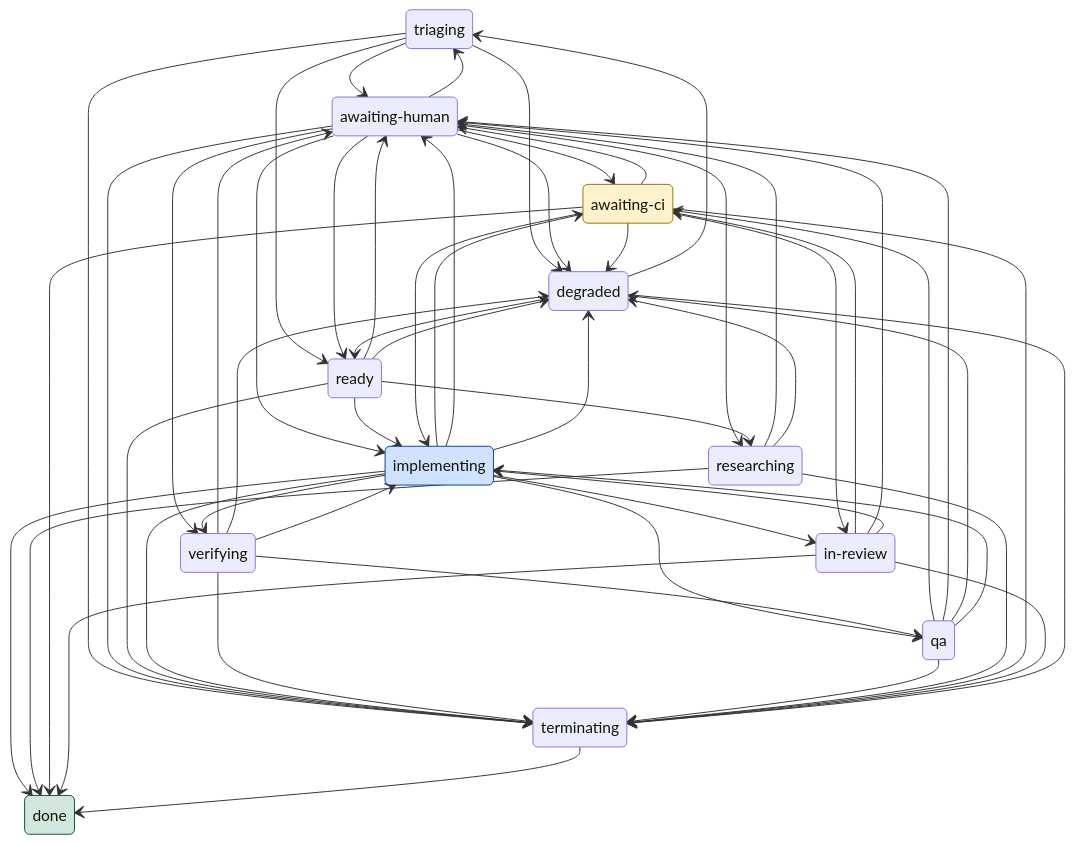
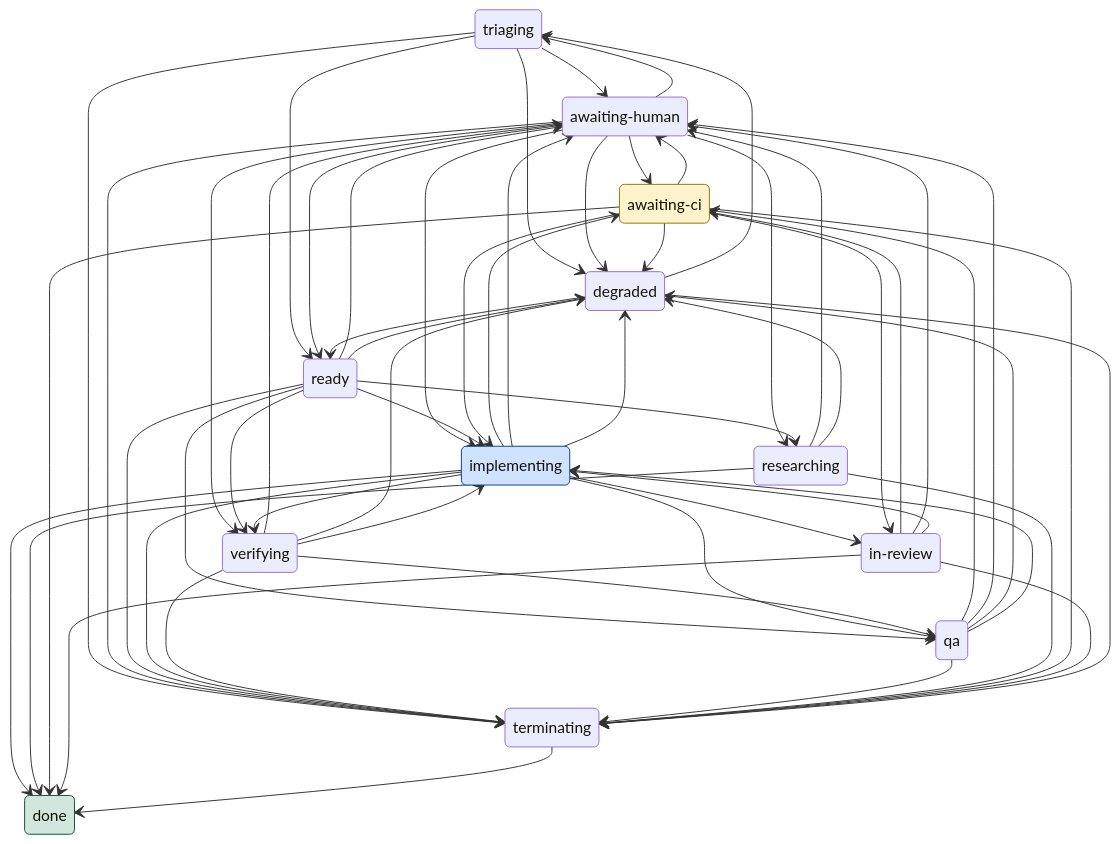
The diagram in docs/state-machine.md (cortop/maestro), drawn with Mermaid before and after one commit. The commit also changed 18 other files, not shown here.

````diff
--- a/docs/state-machine.md
+++ b/docs/state-machine.md
@@ -7,76 +7,78 @@
 ```mermaid
 stateDiagram-v2
     state "triaging" as triaging
     state "awaiting-human" as awaiting_human
     state "ready" as ready
     state "implementing" as implementing
     state "verifying" as verifying
     state "qa" as qa
     state "researching" as researching
     state "awaiting-ci" as awaiting_ci
     state "in-review" as in_review
     state "degraded" as degraded
     state "terminating" as terminating
     state "done" as done
     triaging --> awaiting_human
     triaging --> degraded
     triaging --> ready
     triaging --> terminating
     awaiting_human --> awaiting_ci
     awaiting_human --> degraded
     awaiting_human --> implementing
     awaiting_human --> ready
     awaiting_human --> researching
     awaiting_human --> terminating
     awaiting_human --> triaging
     awaiting_human --> verifying
     ready --> awaiting_human
     ready --> degraded
     ready --> implementing
+    ready --> qa
     ready --> researching
     ready --> terminating
+    ready --> verifying
     implementing --> awaiting_ci
     implementing --> awaiting_human
     implementing --> degraded
     implementing --> done
     implementing --> in_review
     implementing --> qa
     implementing --> terminating
     implementing --> verifying
     verifying --> awaiting_human
     verifying --> degraded
     verifying --> implementing
     verifying --> qa
     verifying --> terminating
     qa --> awaiting_ci
     qa --> awaiting_human
     qa --> degraded
     qa --> implementing
     qa --> terminating
     researching --> awaiting_human
     researching --> degraded
     researching --> done
     researching --> terminating
     awaiting_ci --> awaiting_human
     awaiting_ci --> degraded
     awaiting_ci --> done
     awaiting_ci --> implementing
     awaiting_ci --> in_review
     awaiting_ci --> terminating
     in_review --> awaiting_ci
     in_review --> awaiting_human
     in_review --> done
     in_review --> implementing
     in_review --> terminating
     degraded --> ready
     degraded --> terminating
     degraded --> triaging
     terminating --> done
 
     classDef sleeping fill:#fff3cd,stroke:#997404
     classDef terminal fill:#d1e7dd,stroke:#0f5132
     classDef active fill:#cfe2ff,stroke:#084298
     class awaiting_ci awaiting_human degraded in_review verifying sleeping
     class done terminal
     class implementing qa ready researching terminating triaging active
 ```
````
